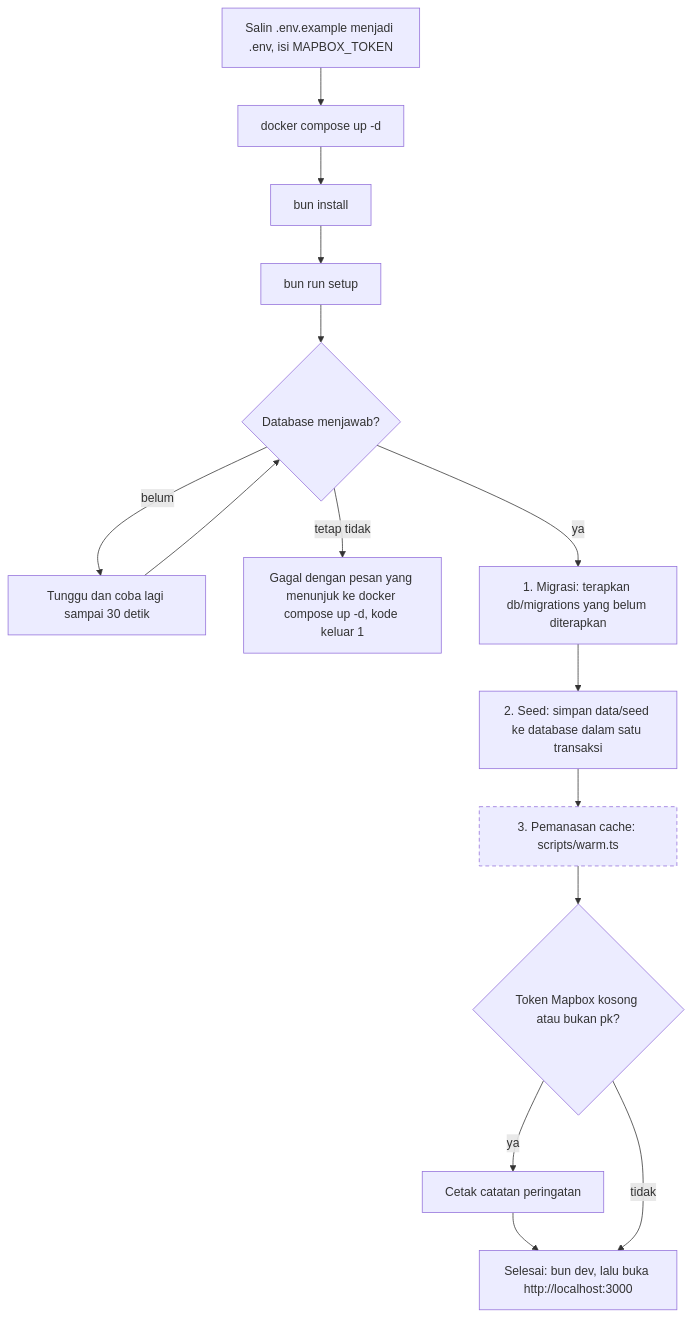
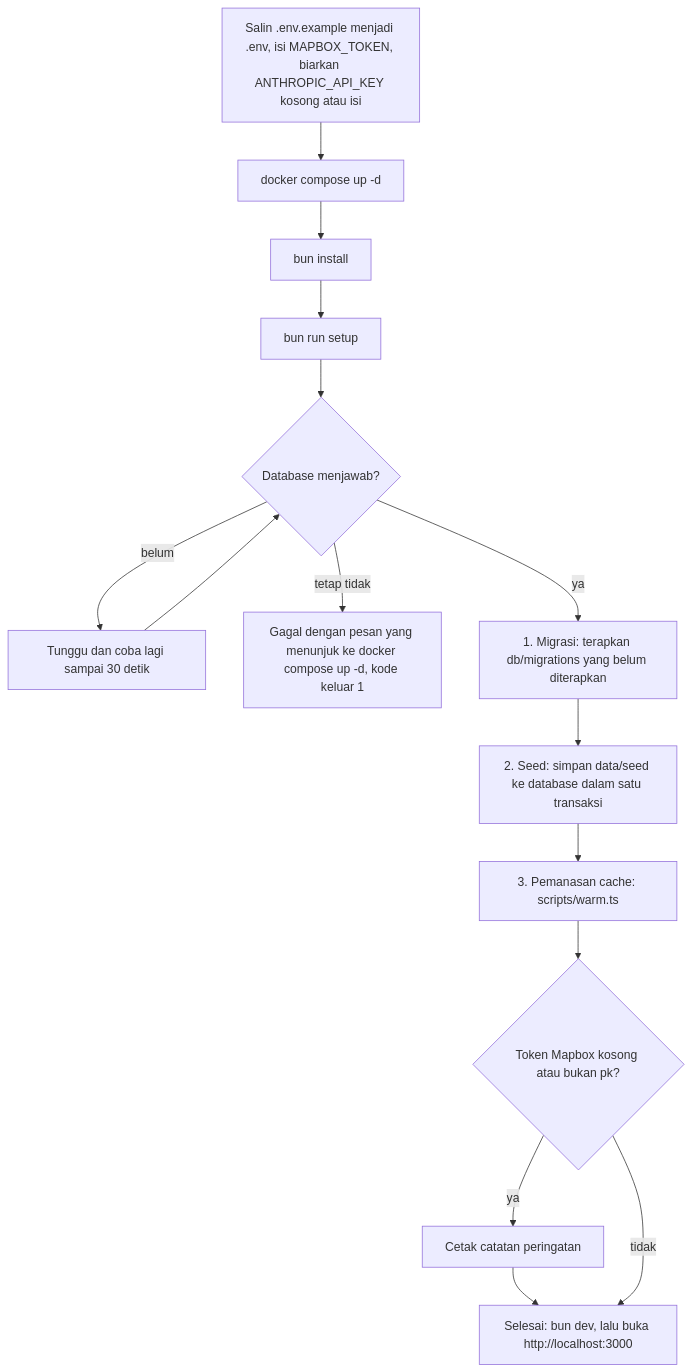
Before and after one commit to akhmadqasim/malas-ngoding: the seventh of 7 diagrams in docs/technical/flows.md, drawn with Mermaid. The commit also changed other lines of this file and 8 other files, not shown here.

````diff
--- a/docs/technical/flows.md
+++ b/docs/technical/flows.md
@@ -253,20 +262,17 @@
 ```mermaid
 flowchart TD
-  A["Salin .env.example menjadi .env, isi MAPBOX_TOKEN"] --> B["docker compose up -d"]
+  A["Salin .env.example menjadi .env, isi MAPBOX_TOKEN, biarkan ANTHROPIC_API_KEY kosong atau isi"] --> B["docker compose up -d"]
   B --> C["bun install"]
   C --> D["bun run setup"]
   D --> E{"Database menjawab?"}
   E -->|"belum"| E1["Tunggu dan coba lagi sampai 30 detik"]
   E1 --> E
   E -->|"tetap tidak"| X["Gagal dengan pesan yang menunjuk ke docker compose up -d, kode keluar 1"]
   E -->|ya| F["1. Migrasi: terapkan db/migrations yang belum diterapkan"]
   F --> G["2. Seed: simpan data/seed ke database dalam satu transaksi"]
   G --> H["3. Pemanasan cache: scripts/warm.ts"]
   H --> I{"Token Mapbox kosong atau bukan pk?"}
   I -->|ya| I1["Cetak catatan peringatan"]
   I1 --> J
   I -->|tidak| J["Selesai: bun dev, lalu buka http://localhost:3000"]
-
-  classDef pending stroke-dasharray: 5 4
-  class H pending
 ```
````
